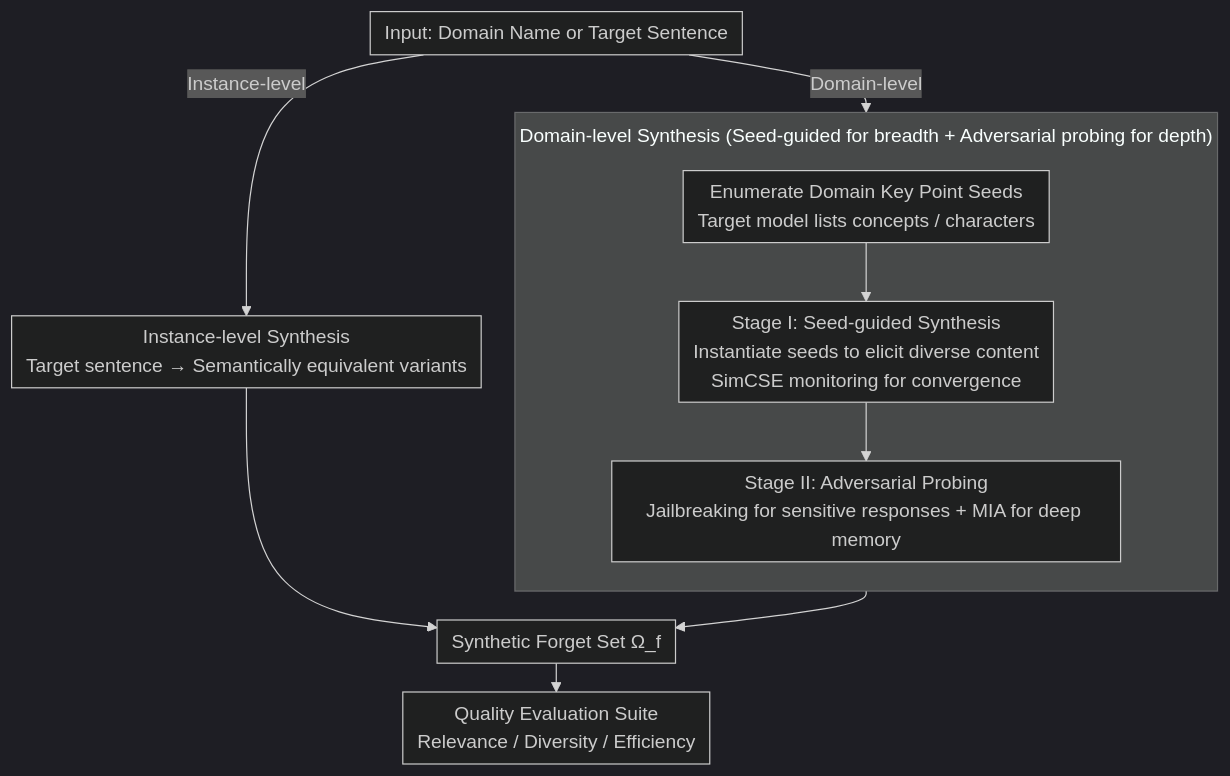
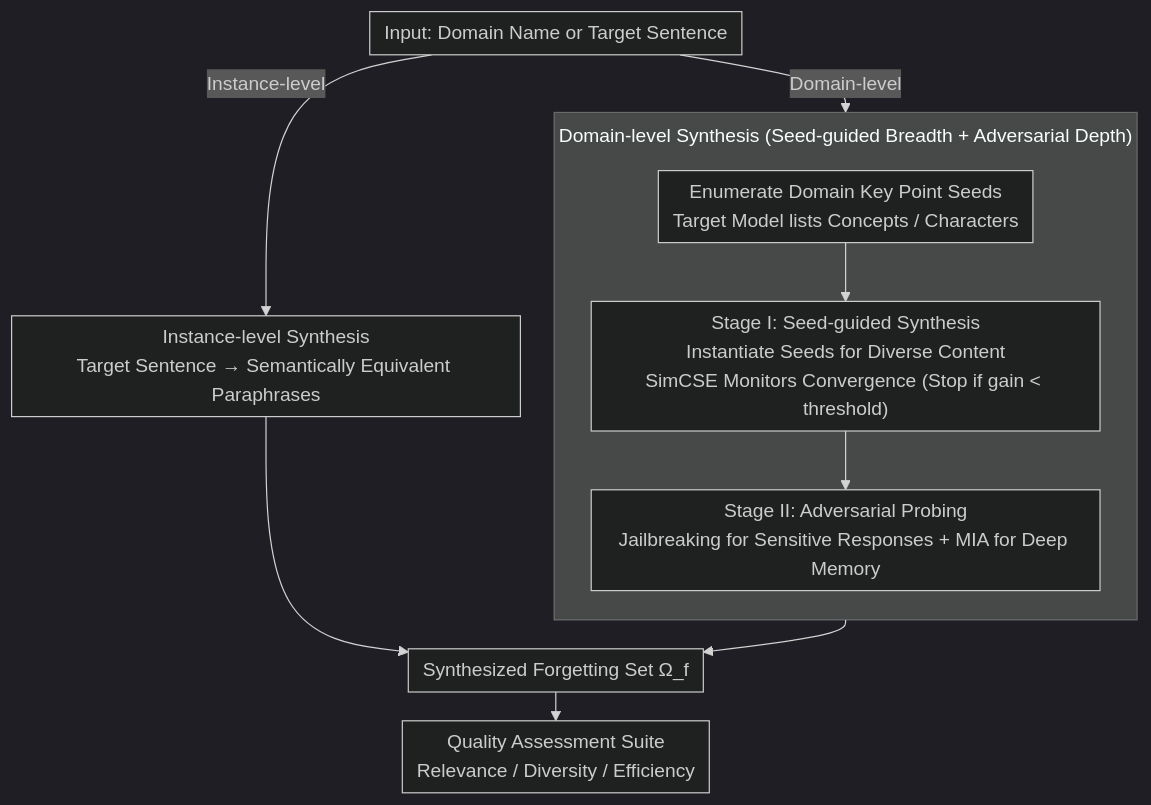
One commit to zhaoyang97/Paper-Notes-en changed the diagram in docs/ACL2026/llm_safety/from_domains_to_instances_dual-granularity_data_synthesis_for_llm_unlearning.md. Above: the diagram before and after it, drawn with Mermaid (dark theme). The commit also changed other lines of this file and 5084 other files, not shown here.

````diff
--- a/docs/ACL2026/llm_safety/from_domains_to_instances_dual-granularity_data_synthesis_for_llm_unlearning.md
+++ b/docs/ACL2026/llm_safety/from_domains_to_instances_dual-granularity_data_synthesis_for_llm_unlearning.md
@@ -44,14 +44,14 @@
 ```mermaid
 %%{init: {'flowchart': {'rankSpacing': 24, 'nodeSpacing': 28, 'padding': 6, 'wrappingWidth': 400, 'subGraphTitleMargin': {'top': 8, 'bottom': 16}}}}%%
 flowchart TD
-    IN["Input: Domain Name or Target Sentence"] -->|Domain-level| SEED["Enumerate Domain Key Point Seeds<br/>Target model lists concepts / characters"]
-    IN -->|Instance-level| INST["Instance-level Synthesis<br/>Target sentence → Semantically equivalent variants"]
-    subgraph DOMAIN["Domain-level Synthesis (Seed-guided for breadth + Adversarial probing for depth)"]
+    IN["Input: Domain Name or Target Sentence"] -->|Domain-level| SEED["Enumerate Domain Key Point Seeds<br/>Target Model lists Concepts / Characters"]
+    IN -->|Instance-level| INST["Instance-level Synthesis<br/>Target Sentence → Semantically Equivalent Paraphrases"]
+    subgraph DOMAIN["Domain-level Synthesis (Seed-guided Breadth + Adversarial Depth)"]
         direction TB
-        SEED --> S1["Stage I: Seed-guided Synthesis<br/>Instantiate seeds to elicit diverse content<br/>SimCSE monitoring for convergence"]
-        S1 --> S2["Stage II: Adversarial Probing<br/>Jailbreaking for sensitive responses + MIA for deep memory"]
+        SEED --> S1["Stage I: Seed-guided Synthesis<br/>Instantiate Seeds for Diverse Content<br/>SimCSE Monitors Convergence (Stop if gain < threshold)"]
+        S1 --> S2["Stage II: Adversarial Probing<br/>Jailbreaking for Sensitive Responses + MIA for Deep Memory"]
     end
-    S2 --> OMEGA["Synthetic Forget Set Ω_f"]
+    S2 --> OMEGA["Synthesized Forgetting Set Ω_f"]
     INST --> OMEGA
-    OMEGA --> EVAL["Quality Evaluation Suite<br/>Relevance / Diversity / Efficiency"]
+    OMEGA --> EVAL["Quality Assessment Suite<br/>Relevance / Diversity / Efficiency"]
 ```
````
